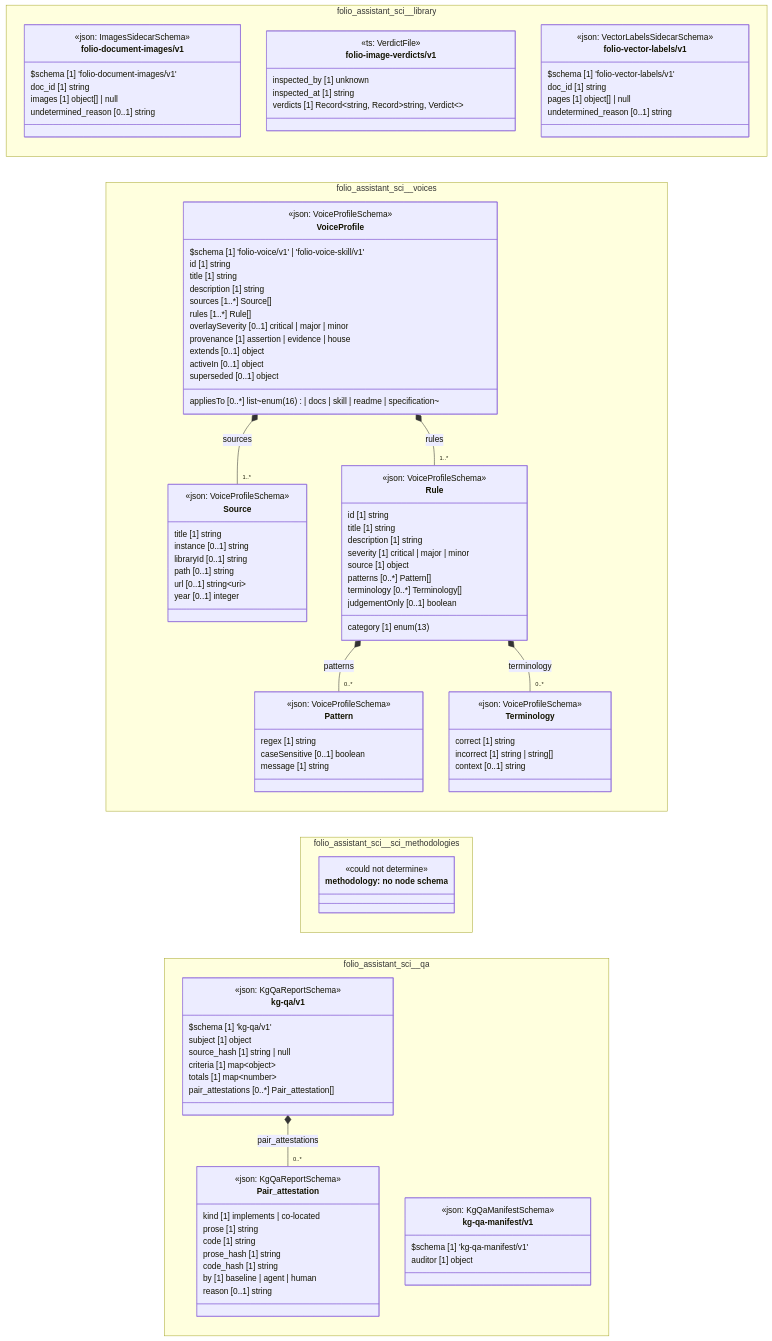
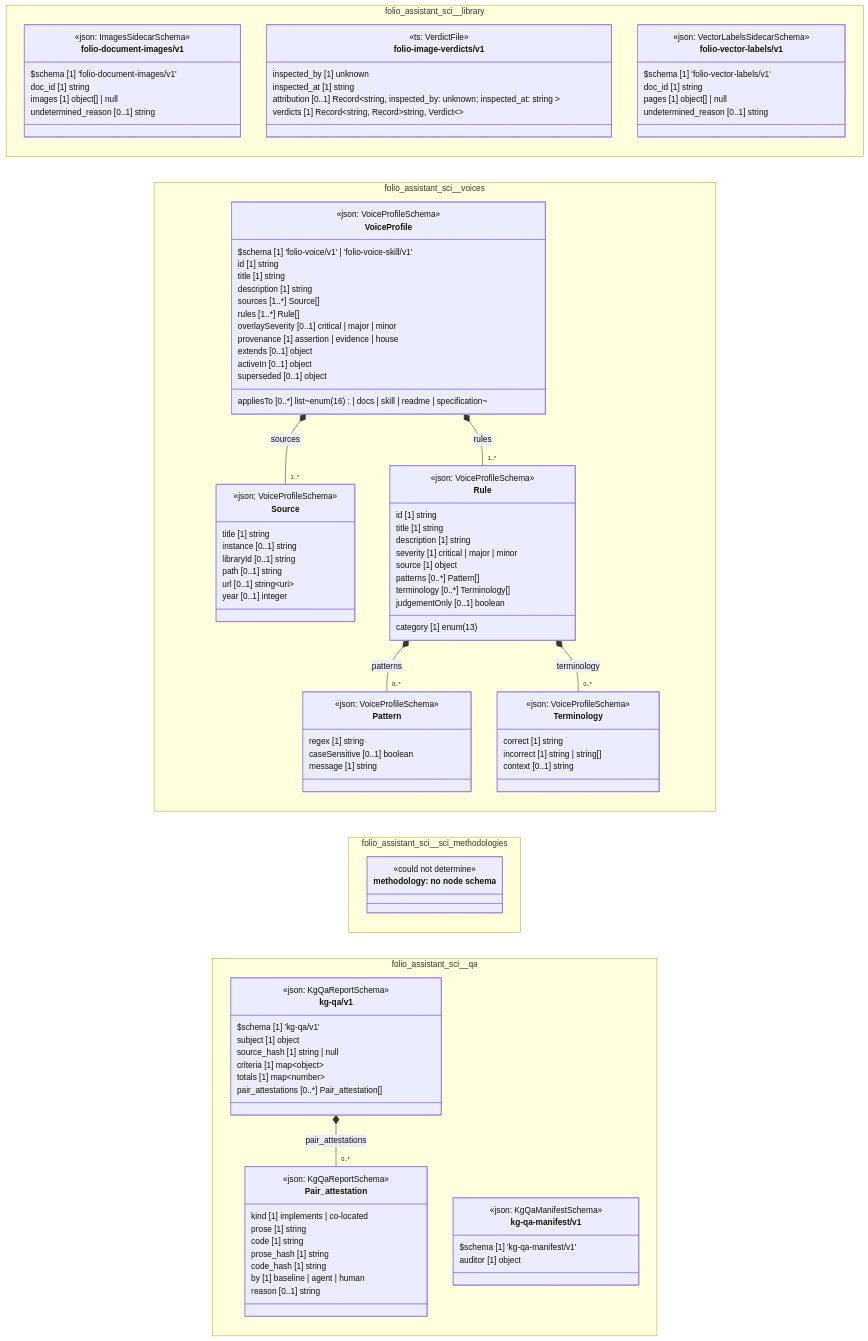
The diagram in cat-harness/docs/uml/overview/folio-assistant-sci.md (litlfred/folio-assistant), drawn with Mermaid before and after one commit. The commit also changed 230 other files, not shown here.

```diff
--- a/cat-harness/docs/uml/overview/folio-assistant-sci.md
+++ b/cat-harness/docs/uml/overview/folio-assistant-sci.md
@@ -60,6 +60,7 @@
       <<ts: VerdictFile>>
       inspected_by [1] unknown
       inspected_at [1] string
+      attribution [0..1] Record~string,  inspected_by: unknown; inspected_at: string ~
       verdicts [1] Record~string, Record~string, Verdict~~
     }
     class folio_assistant_sci_library_folio_vector_labels_v1_folio_vector_labels_v1["folio-vector-labels/v1"] {
```
